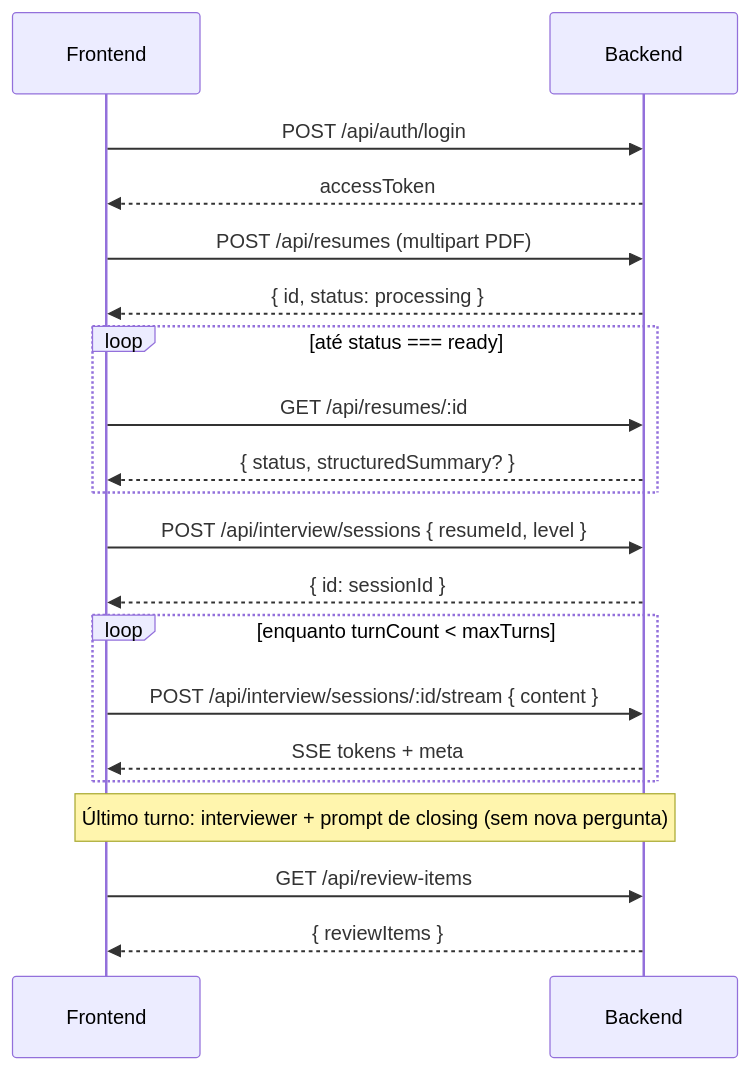
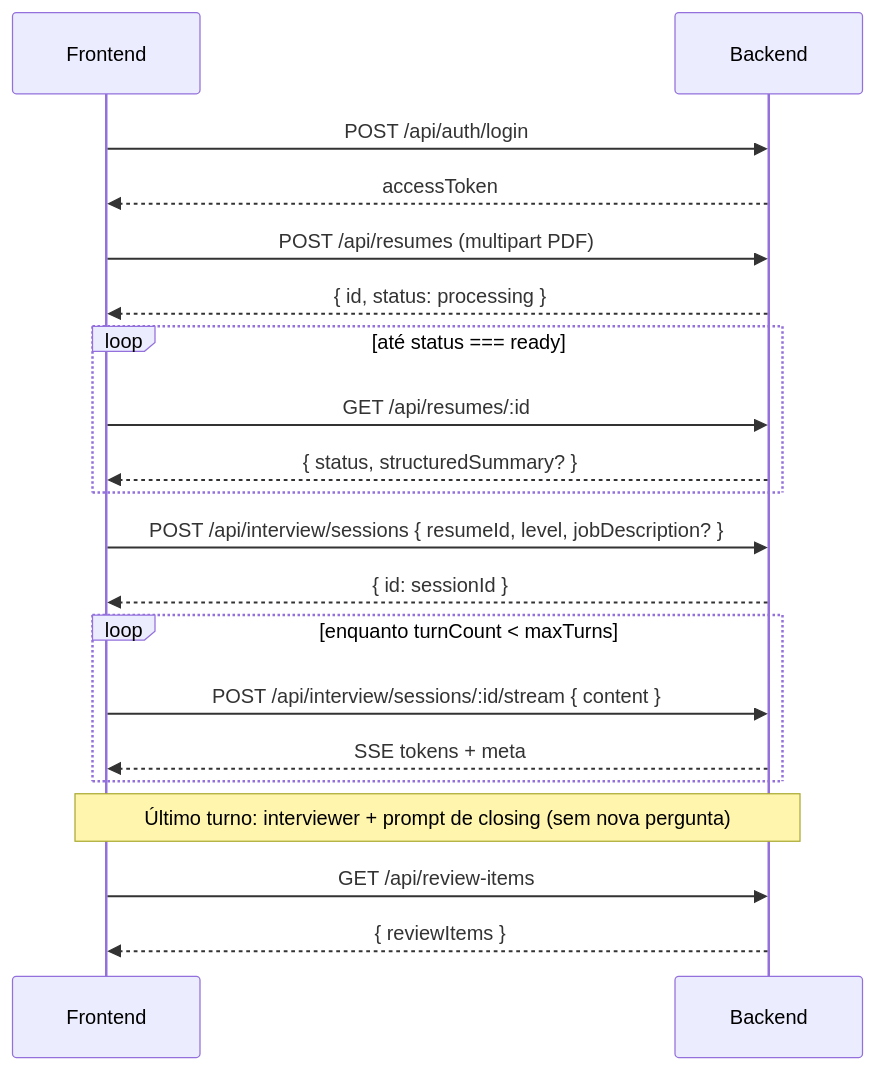
Before and after one commit to ProgramadoresSemPatria/HB01-2026-ai-mock-interview: the first of 2 diagrams in backend/docs/frontend-mock-interview-api.md, drawn with Mermaid. The commit also changed other lines of this file and 2 other files, not shown here.

First line of the commit message:
test(docs): cover job description personalization

````diff
--- a/backend/docs/frontend-mock-interview-api.md
+++ b/backend/docs/frontend-mock-interview-api.md
@@ -30,28 +30,28 @@
 ```mermaid
 sequenceDiagram
   participant UI as Frontend
   participant API as Backend
 
   UI->>API: POST /api/auth/login
   API-->>UI: accessToken
 
   UI->>API: POST /api/resumes (multipart PDF)
   API-->>UI: { id, status: processing }
 
   loop até status === ready
     UI->>API: GET /api/resumes/:id
     API-->>UI: { status, structuredSummary? }
   end
 
-  UI->>API: POST /api/interview/sessions { resumeId, level }
+  UI->>API: POST /api/interview/sessions { resumeId, level, jobDescription? }
   API-->>UI: { id: sessionId }
 
   loop enquanto turnCount < maxTurns
     UI->>API: POST /api/interview/sessions/:id/stream { content }
     API-->>UI: SSE tokens + meta
   end
 
   Note over UI,API: Último turno: interviewer + prompt de closing (sem nova pergunta)
   UI->>API: GET /api/review-items
   API-->>UI: { reviewItems }
 ```
````
